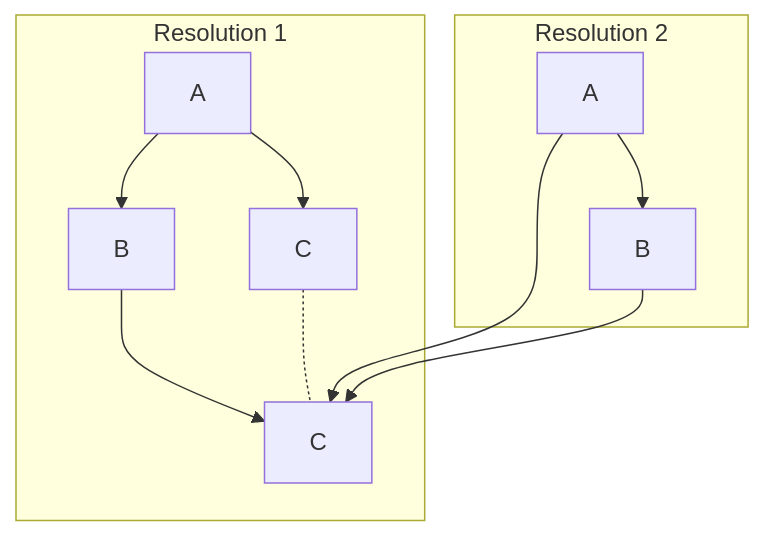
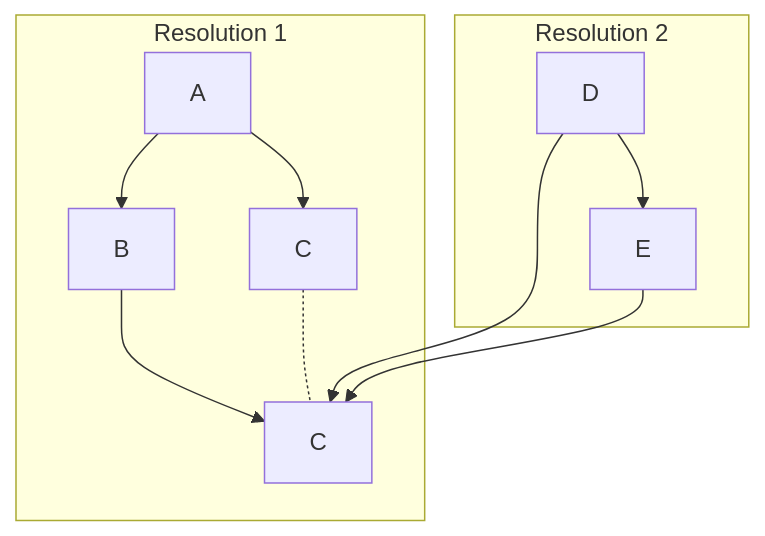
One commit to wox-team/wox-inject changed the third of 3 diagrams in apps/website/pages/scopes.mdx. Above: the diagram before and after it, drawn with Mermaid. The commit also changed other lines of this file and 5 other files, not shown here.

````diff
--- a/apps/website/pages/scopes.mdx
+++ b/apps/website/pages/scopes.mdx
@@ -53,15 +84,15 @@
 ```mermaid
 flowchart TB
   subgraph Resolution 1
     A --> B
     A --> C1[C]
     B --> C2[C]
     C1 -.- C2
   end
 
   subgraph Resolution 2
-    A2[A] --> B2[B]
-    A2 --> C2
-    B2 --> C2
+    D --> E
+    D --> C2
+    E --> C2
   end
 ```
````
